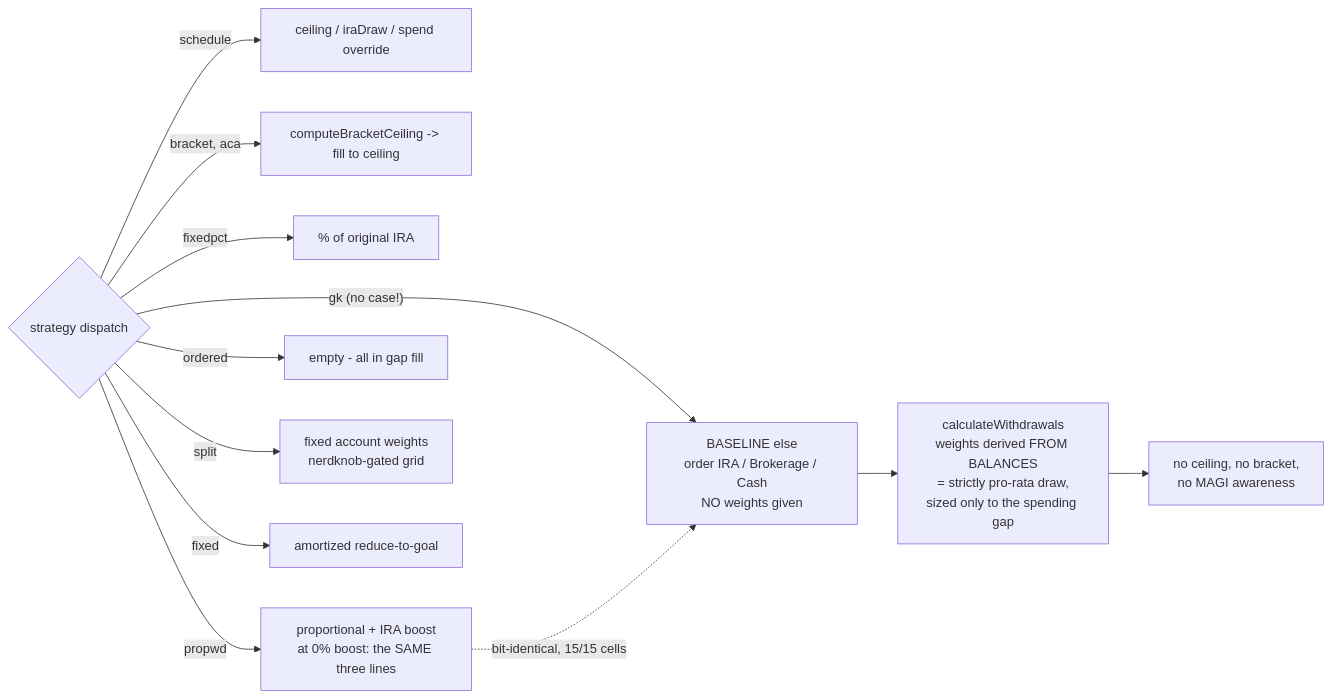
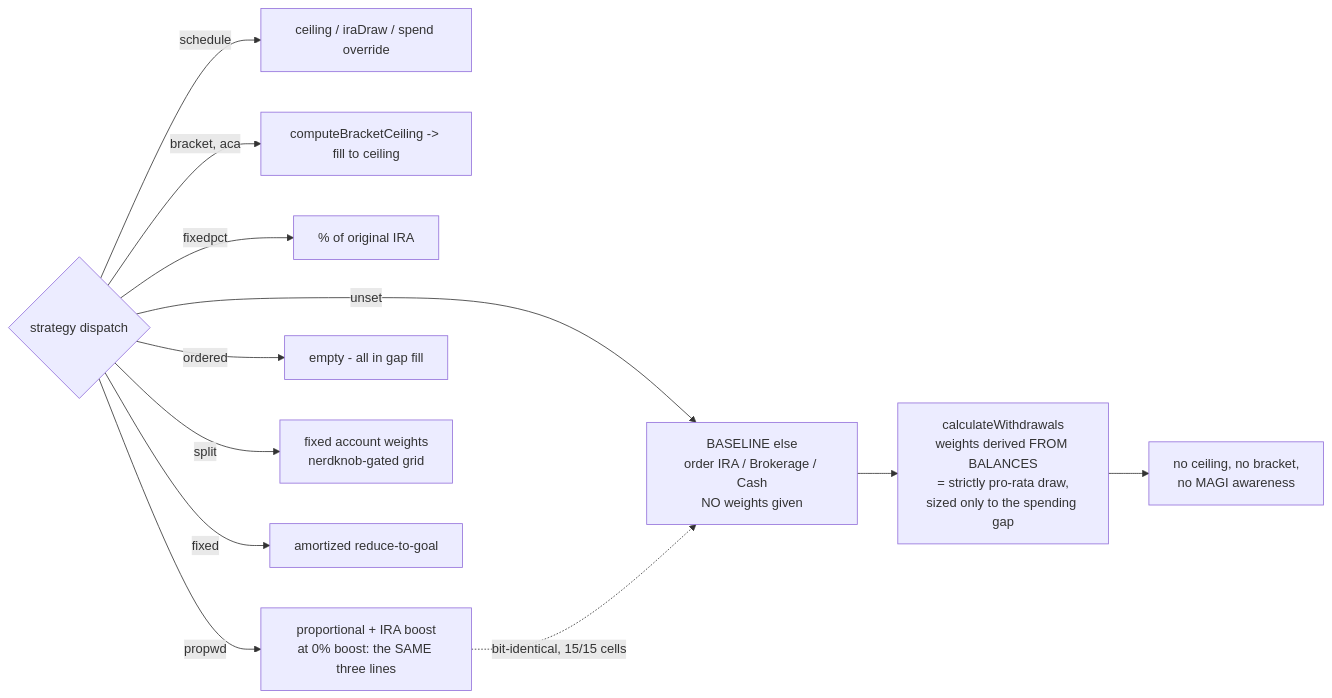
Before and after one commit to nightskyguy/retirement_assets: the fifth of 8 diagrams in ARCHITECTURE.md, drawn with Mermaid. The commit also changed other lines of this file and 30 other files, not shown here.

````diff
--- a/ARCHITECTURE.md
+++ b/ARCHITECTURE.md
@@ -234,14 +236,14 @@
 ```mermaid
 flowchart LR
     D{"strategy dispatch"} -->|schedule| S1["ceiling / iraDraw / spend override"]
     D -->|bracket, aca| S2["computeBracketCeiling -> fill to ceiling"]
     D -->|fixedpct| S3["% of original IRA"]
     D -->|propwd| S4["proportional + IRA boost<br/>at 0% boost: the SAME three lines"]
     D -->|ordered| S5["empty - all in gap fill"]
     D -->|split| S7["fixed account weights<br/>nerdknob-gated grid"]
     D -->|fixed| S6["amortized reduce-to-goal"]
-    D -->|"gk (no case!)"| BASE["BASELINE else<br/>order IRA / Brokerage / Cash<br/>NO weights given"]
+    D -->|"unset"| BASE["BASELINE else<br/>order IRA / Brokerage / Cash<br/>NO weights given"]
     BASE --> CW["calculateWithdrawals<br/>weights derived FROM BALANCES<br/>= strictly pro-rata draw,<br/>sized only to the spending gap"]
     CW --> NB["no ceiling, no bracket,<br/>no MAGI awareness"]
     S4 -.->|"bit-identical, 15/15 cells"| BASE
 ```
````
